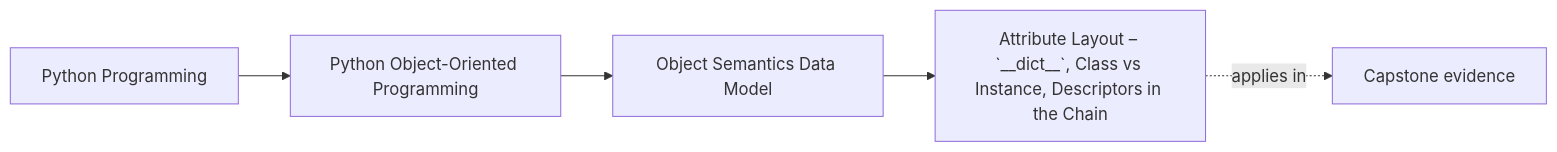
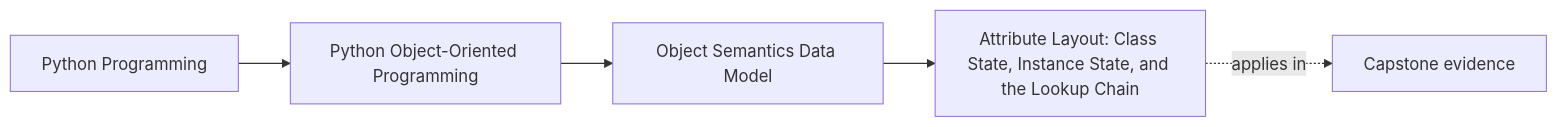
The first of 2 diagrams in programs/python-programming/python-object-oriented-programming/course-book/module-01-object-semantics-data-model/attribute-layout-class-and-instance-state.md (bijux/bijux-masterclass), drawn with Mermaid before and after one commit. The commit also changed other lines of this file and 1 other file, not shown here.

Commit message:
docs(oop): teach lookup and invariant-first construction

````diff
--- a/programs/python-programming/python-object-oriented-programming/course-book/module-01-object-semantics-data-model/attribute-layout-class-and-instance-state.md
+++ b/programs/python-programming/python-object-oriented-programming/course-book/module-01-object-semantics-data-model/attribute-layout-class-and-instance-state.md
@@ -7,11 +6,11 @@
 ```mermaid
 graph LR
   family["Python Programming"]
   program["Python Object-Oriented Programming"]
   section["Object Semantics Data Model"]
-  page["Attribute Layout – `__dict__`, Class vs Instance, Descriptors in the Chain"]
+  page["Attribute Layout: Class State, Instance State, and the Lookup Chain"]
   capstone["Capstone evidence"]
 
   family --> program --> section --> page
   page -.applies in.-> capstone
 ```
````
